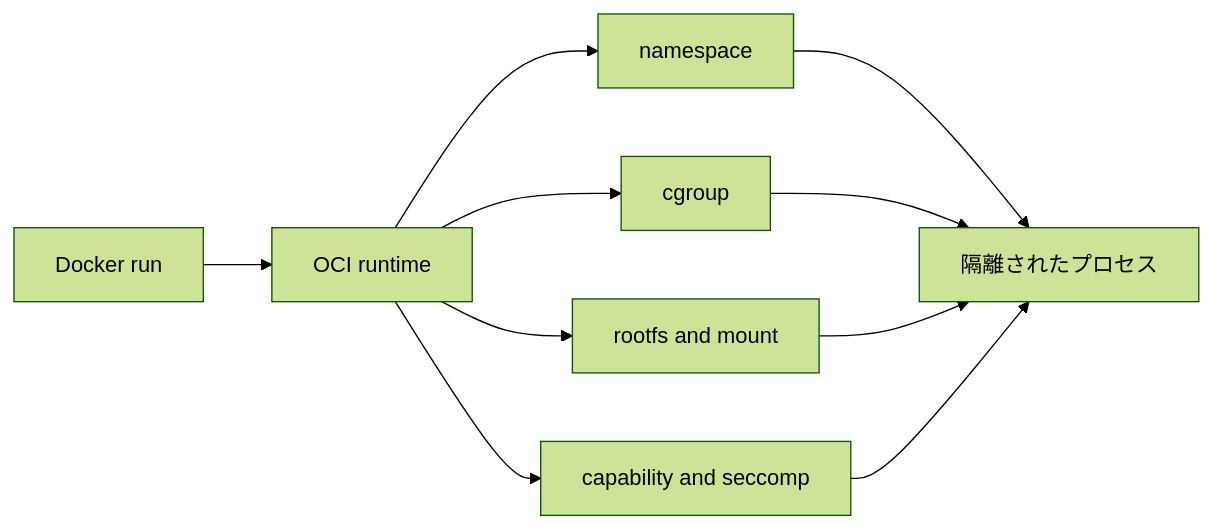
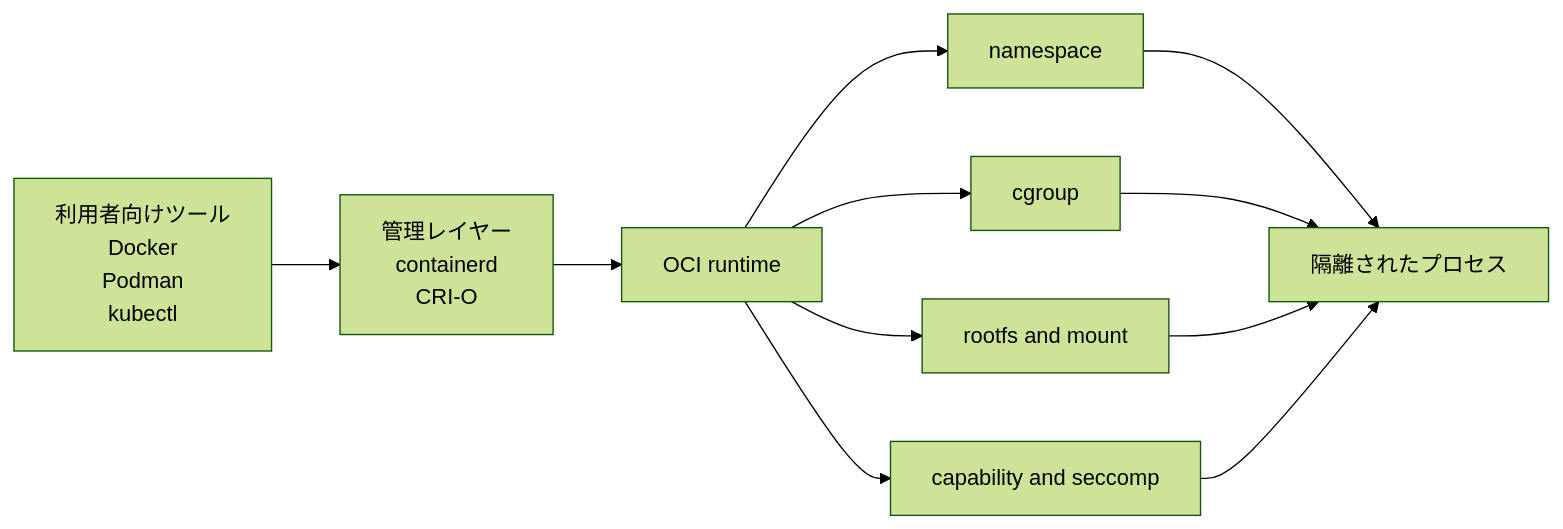
The diagram in docs/container-internals/index.md (HukuKaich0u/learning-linux-and-container-for-youki), drawn with Mermaid (forest theme) before and after one commit. The commit also changed other lines of this file and 11 other files, not shown here.

Commit message:
コンテナ技術の導入とMermaid表示を改善

````diff
--- a/docs/container-internals/index.md
+++ b/docs/container-internals/index.md
@@ -88,12 +97,13 @@
 ```mermaid
 flowchart LR
-  A[Docker run] --> B[OCI runtime]
-  B --> C[namespace]
-  B --> D[cgroup]
-  B --> E[rootfs and mount]
-  B --> F[capability and seccomp]
-  C --> G[隔離されたプロセス]
-  D --> G
-  E --> G
-  F --> G
+  A["利用者向けツール<br/>Docker<br/>Podman<br/>kubectl"] --> B["管理レイヤー<br/>containerd<br/>CRI-O"]
+  B --> C[OCI runtime]
+  C --> D[namespace]
+  C --> E[cgroup]
+  C --> F[rootfs and mount]
+  C --> G[capability and seccomp]
+  D --> H[隔離されたプロセス]
+  E --> H
+  F --> H
+  G --> H
 ```
````
